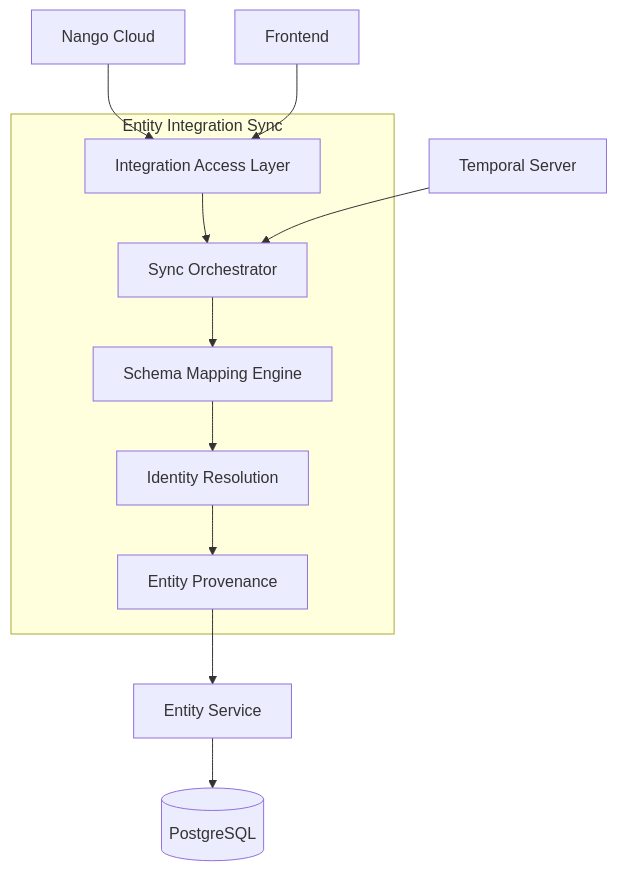
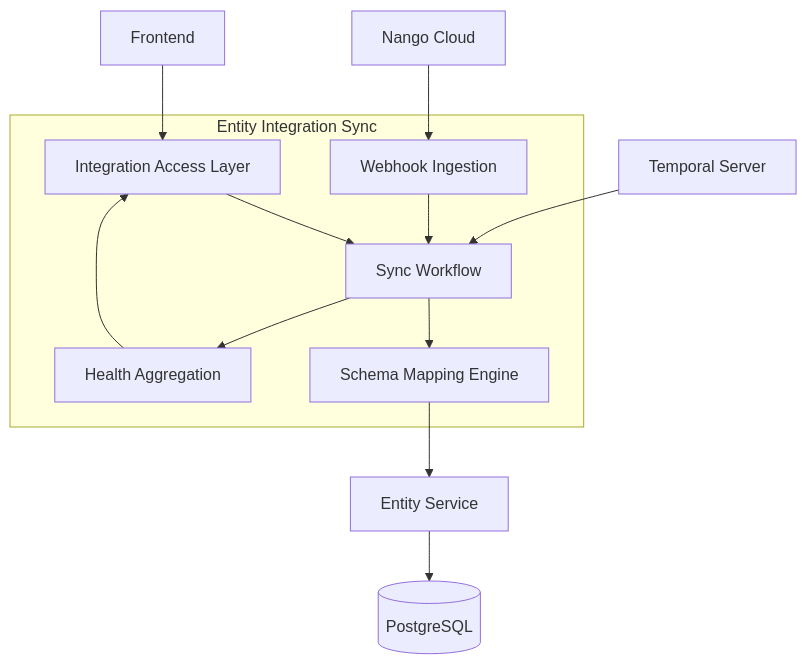
Before and after one commit to rmr-studio/riven: the first of 3 diagrams in docs/system-design/feature-design/_Sub-Domain Plans/Entity Integration Sync.md, drawn with Mermaid. The commit also changed other lines of this file and 5 other files, not shown here.

````diff
--- a/docs/system-design/feature-design/_Sub-Domain Plans/Entity Integration Sync.md
+++ b/docs/system-design/feature-design/_Sub-Domain Plans/Entity Integration Sync.md
@@ -39,20 +39,21 @@
 ```mermaid
 graph TD
     subgraph "Entity Integration Sync"
         IAL[Integration Access Layer]
         SM[Schema Mapping Engine]
-        IR[Identity Resolution]
-        EP[Entity Provenance]
-        SO[Sync Orchestrator]
+        WH[Webhook Ingestion]
+        SW[Sync Workflow]
+        HS[Health Aggregation]
     end
 
-    Nango[Nango Cloud] --> IAL
-    IAL --> SO
-    SO --> SM
-    SM --> IR
-    IR --> EP
-    EP --> ES[Entity Service]
+    Nango[Nango Cloud] --> WH
+    WH --> SW
+    IAL --> SW
+    SW --> SM
+    SM --> ES[Entity Service]
     ES --> DB[(PostgreSQL)]
-    Temporal[Temporal Server] --> SO
+    SW --> HS
+    HS --> IAL
+    Temporal[Temporal Server] --> SW
     UI[Frontend] --> IAL
 ```
````
